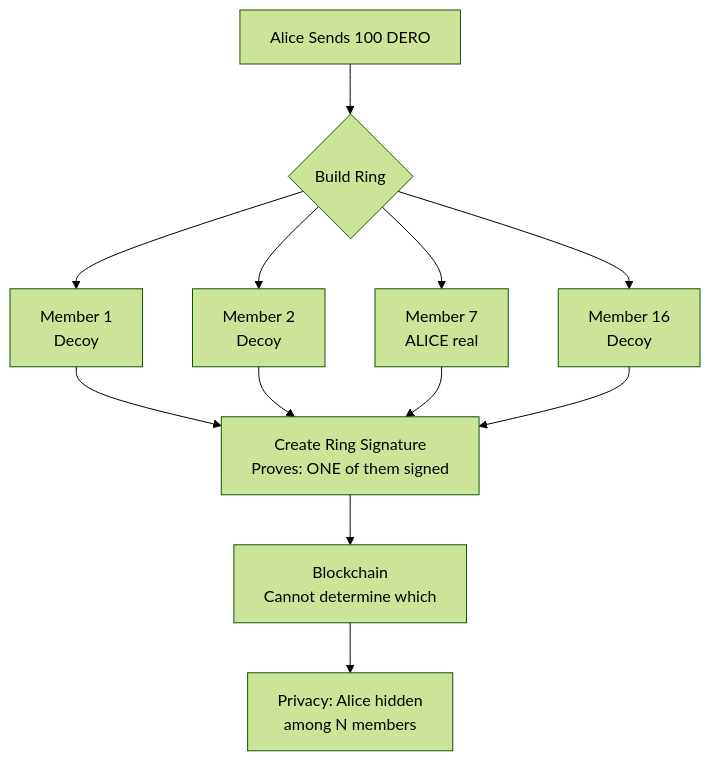
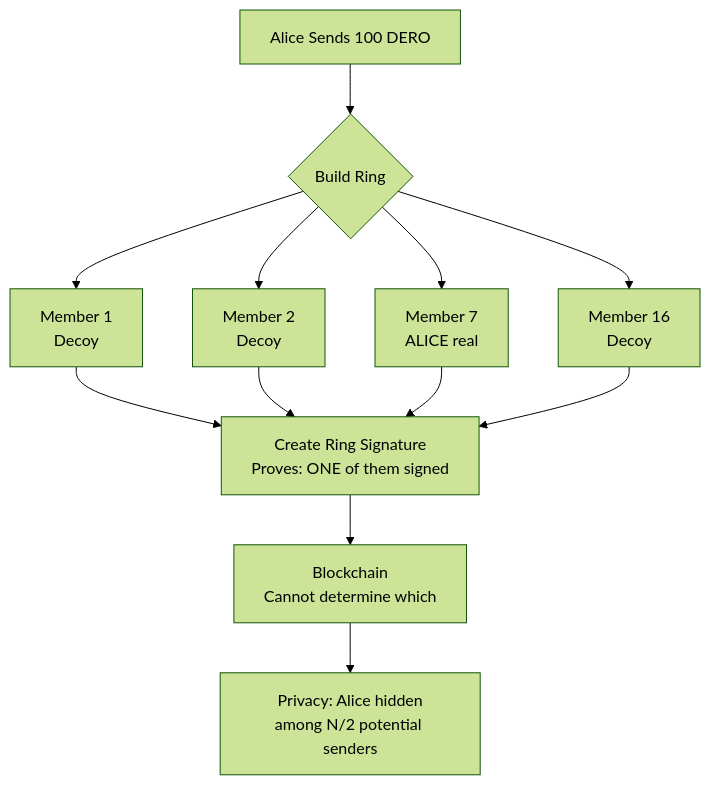
One commit to DHEBP/dero-docs changed the diagram in derod-main/pages/privacy/ring-signatures.mdx. Above: the diagram before and after it, drawn with Mermaid (forest theme). The commit also changed other lines of this file and 8 other files, not shown here.

````diff
--- a/derod-main/pages/privacy/ring-signatures.mdx
+++ b/derod-main/pages/privacy/ring-signatures.mdx
@@ -25,18 +25,18 @@
 ```mermaid
 graph TB
     A[Alice Sends 100 DERO] --> R{Build Ring}
     
     R --> M1[Member 1<br/>Decoy]
     R --> M2[Member 2<br/>Decoy]
     R --> M7[Member 7<br/>ALICE real]
     R --> M16[Member 16<br/>Decoy]
     
     M1 --> S[Create Ring Signature<br/>Proves: ONE of them signed]
     M2 --> S
     M7 --> S
     M16 --> S
     
     S --> BC[Blockchain<br/>Cannot determine which]
     
-    BC --> P[Privacy: Alice hidden<br/>among N members]
+    BC --> P[Privacy: Alice hidden<br/>among N/2 potential senders]
 ```
````
